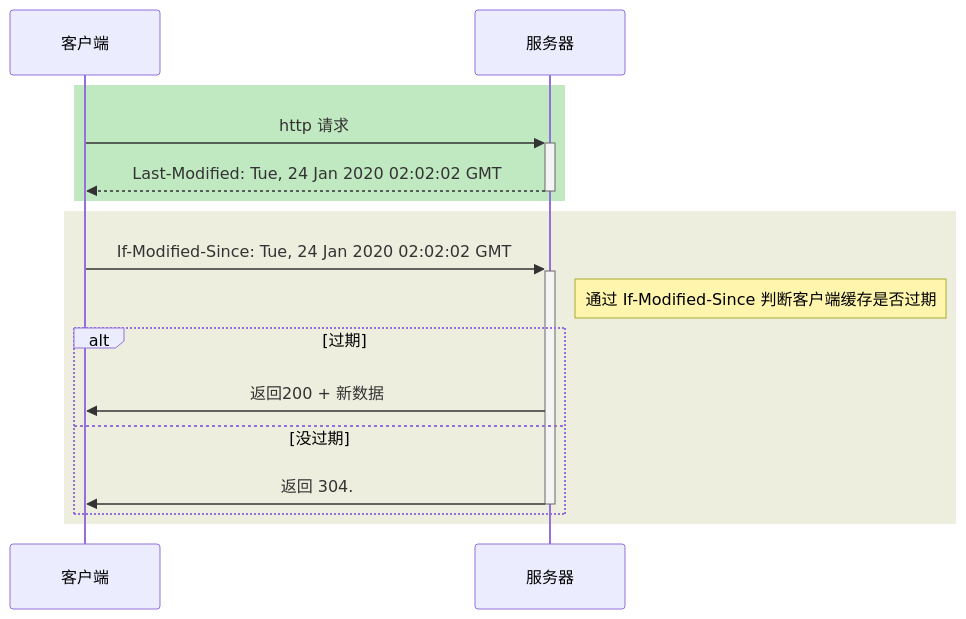
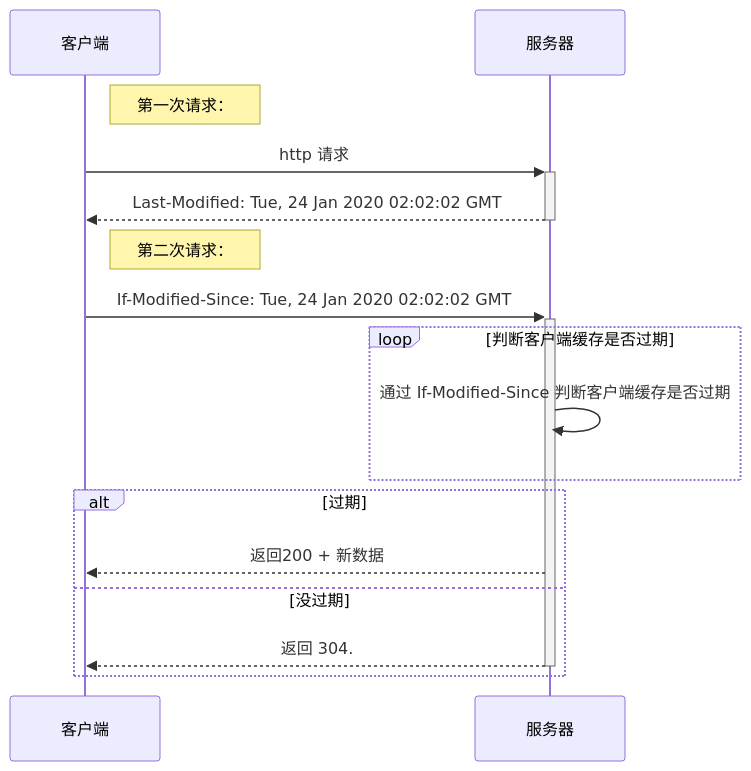
Before and after one commit to hurshi/hurshi.github.io: the second of 2 diagrams in _posts/2020-10-10-net_http_cache.md, drawn with Mermaid. The commit also changed other lines of this file, not shown here.

Commit message:
fix sequenceDiagram

```diff
--- a/_posts/2020-10-10-net_http_cache.md
+++ b/_posts/2020-10-10-net_http_cache.md
@@ -38,17 +38,16 @@
 <div class="mermaid">
 sequenceDiagram
-	rect rgba(100,200,100,.4)
-		客户端->>+服务器: http 请求
-		服务器-->>-客户端: Last-Modified: Tue, 24 Jan 2020 02:02:02 GMT
-	end
-	rect rgba(200,200,150,.3)
-		客户端->>+服务器: If-Modified-Since: Tue, 24 Jan 2020 02:02:02 GMT
-		participant 服务器
-		Note right of 服务器: 通过 If-Modified-Since 判断客户端缓存是否过期
-		alt 过期
-		服务器->>客户端:返回200 + 新数据
-		else 没过期
-		服务器->>-客户端:返回 304.
-		end
-	end
+  Note right of 客户端: 第一次请求：
+  客户端->>+服务器: http 请求
+  服务器-->>-客户端: Last-Modified: Tue, 24 Jan 2020 02:02:02 GMT
+  Note right of 客户端: 第二次请求：
+  客户端->>+服务器: If-Modified-Since: Tue, 24 Jan 2020 02:02:02 GMT
+  loop 判断客户端缓存是否过期
+		服务器->>服务器: 通过 If-Modified-Since 判断客户端缓存是否过期
+  end
+  alt 过期
+  服务器-->>客户端:返回200 + 新数据
+  else 没过期
+  服务器-->>-客户端:返回 304.
+  end
 </div>
```
